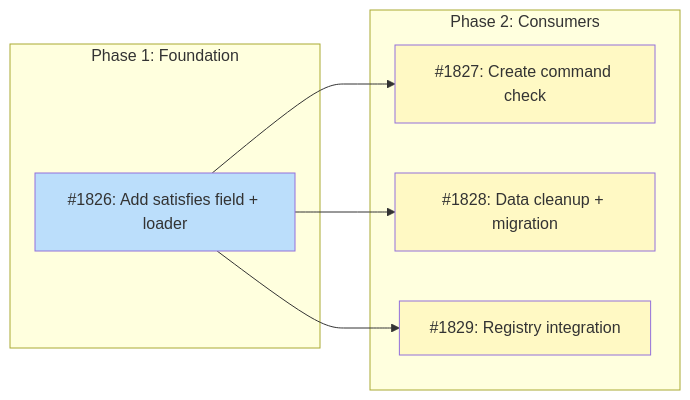
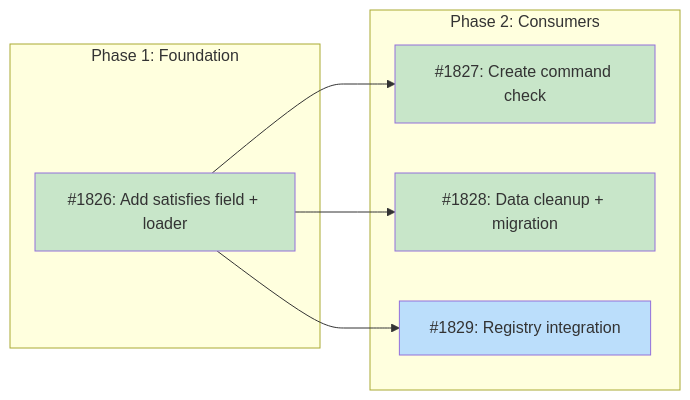
The diagram in docs/designs/DESIGN-ecosystem-name-resolution.md (tsukumogami/tsuku), drawn with Mermaid before and after one commit.

Commit message:
docs: update design doc dependency graph for completed issues

````diff
--- a/docs/designs/DESIGN-ecosystem-name-resolution.md
+++ b/docs/designs/DESIGN-ecosystem-name-resolution.md
@@ -34,25 +34,25 @@
 ```mermaid
 graph LR
     subgraph Phase1["Phase 1: Foundation"]
         I1826["#1826: Add satisfies field + loader"]
     end
 
     subgraph Phase2["Phase 2: Consumers"]
         I1827["#1827: Create command check"]
         I1828["#1828: Data cleanup + migration"]
         I1829["#1829: Registry integration"]
     end
 
     I1826 --> I1827
     I1826 --> I1828
     I1826 --> I1829
 
     classDef done fill:#c8e6c9
     classDef ready fill:#bbdefb
     classDef blocked fill:#fff9c4
     classDef needsDesign fill:#e1bee7
     classDef tracksDesign fill:#FFE0B2,stroke:#F57C00,color:#000
 
-    class I1826 ready
-    class I1827,I1828,I1829 blocked
+    class I1826,I1827,I1828 done
+    class I1829 ready
 ```
````
